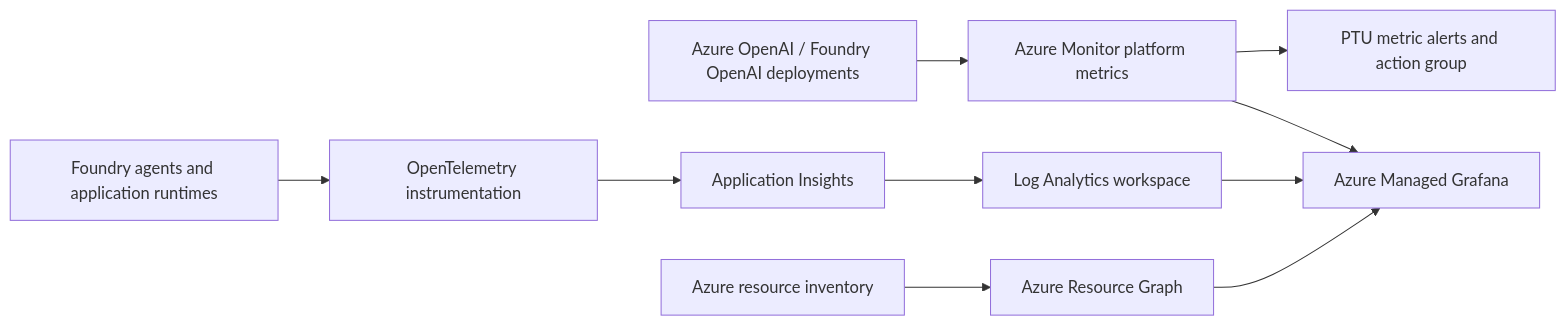
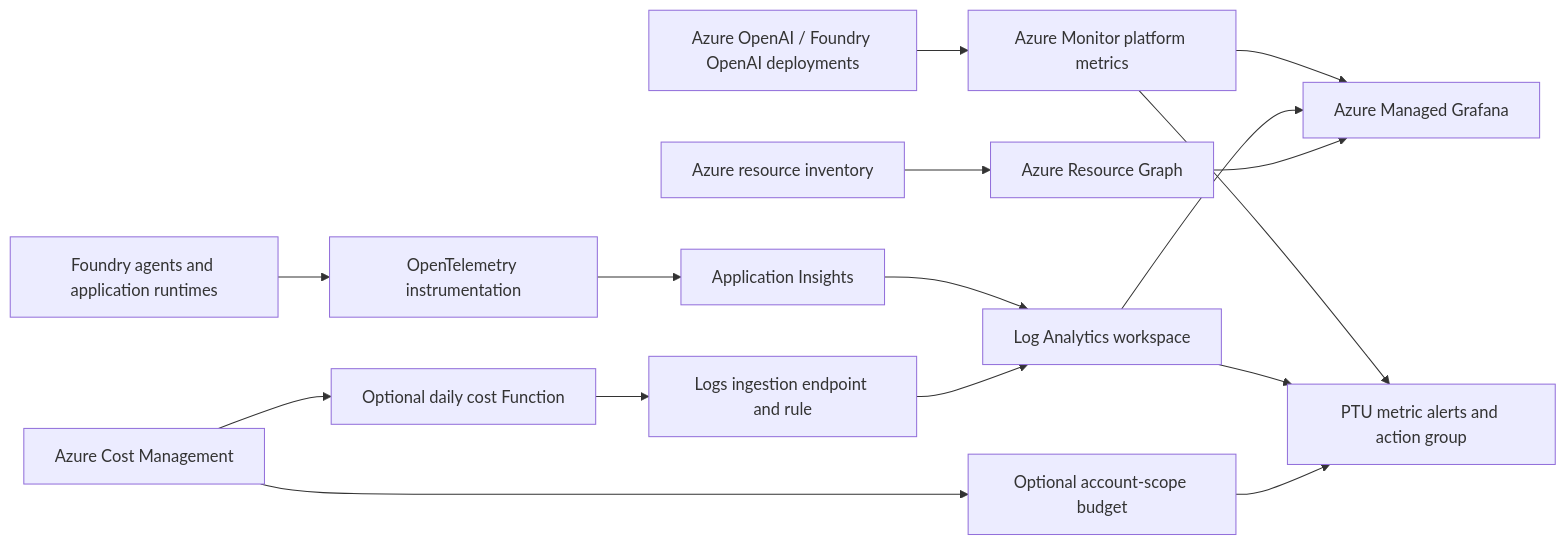
Before and after one commit to michael-rechani/azure-ai-observability: the diagram in docs/architecture.md, drawn with Mermaid. The commit also changed other lines of this file and 61 other files, not shown here.

````diff
--- a/docs/architecture.md
+++ b/docs/architecture.md
@@ -3,12 +3,18 @@
 ```mermaid
 flowchart LR
     PTU[Azure OpenAI / Foundry OpenAI deployments] --> AM[Azure Monitor platform metrics]
     Agents[Foundry agents and application runtimes] --> OTel[OpenTelemetry instrumentation]
     OTel --> AI[Application Insights]
     AI --> LA[Log Analytics workspace]
     Inventory[Azure resource inventory] --> ARG[Azure Resource Graph]
     AM --> Grafana[Azure Managed Grafana]
     LA --> Grafana
     ARG --> Grafana
     AM --> Alerts[PTU metric alerts and action group]
+    LA --> Alerts
+    CM[Azure Cost Management] --> Budget[Optional account-scope budget]
+    Budget --> Alerts
+    CM --> Function[Optional daily cost Function]
+    Function --> DCR[Logs ingestion endpoint and rule]
+    DCR --> LA
 ```
````
